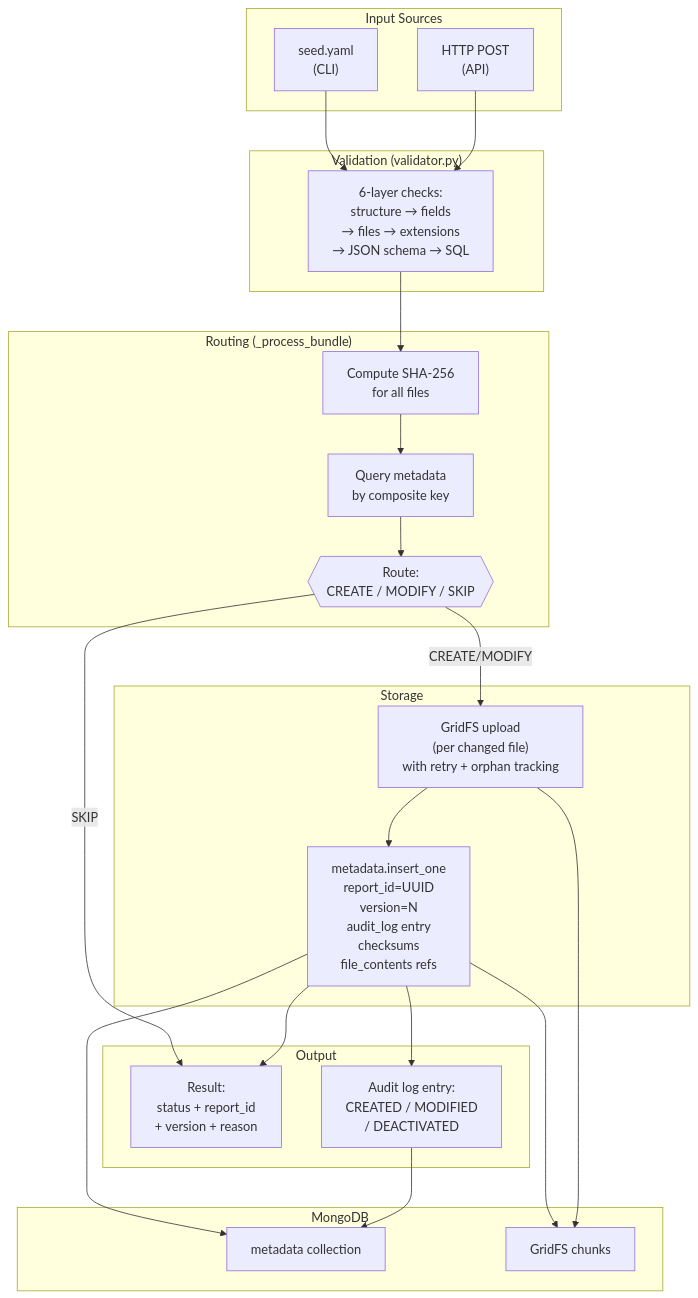
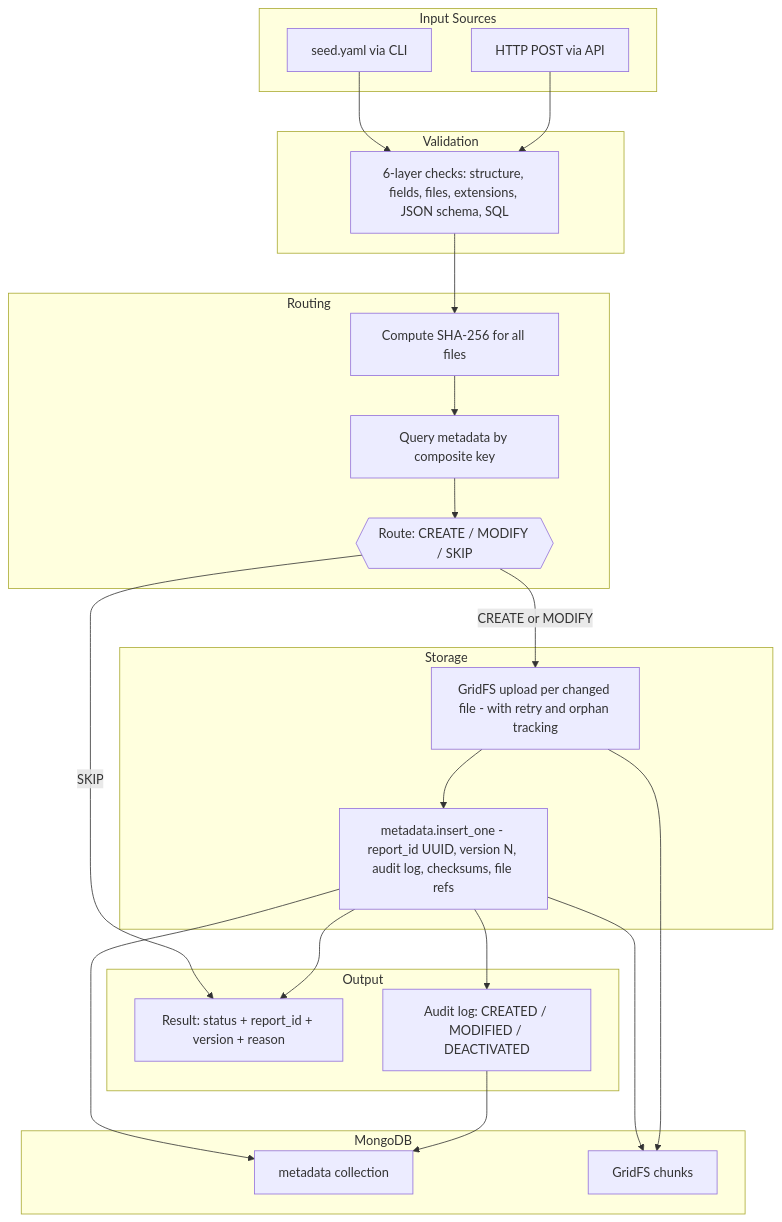
The tenth of 10 diagrams in DIAGRAMS.md (uktentu/mongo_file_manager), drawn with Mermaid before and after one commit. The commit also changed other lines of this file, not shown here.

First line of the commit message:
fix: remove all backslash-n from Mermaid node labels in DIAGRAMS.md

````diff
--- a/DIAGRAMS.md
+++ b/DIAGRAMS.md
@@ -379,40 +373,40 @@
 ```mermaid
 flowchart TB
     subgraph Input["Input Sources"]
-        YAML["seed.yaml\n(CLI)"]
-        HTTP["HTTP POST\n(API)"]
+        YAML["seed.yaml via CLI"]
+        HTTP["HTTP POST via API"]
     end
 
-    subgraph Validation["Validation (validator.py)"]
-        V["6-layer checks:\nstructure → fields\n→ files → extensions\n→ JSON schema → SQL"]
+    subgraph Validation["Validation"]
+        V["6-layer checks: structure, fields, files, extensions, JSON schema, SQL"]
     end
 
-    subgraph Routing["Routing (_process_bundle)"]
-        CK["Compute SHA-256\nfor all files"]
-        QL["Query metadata\nby composite key"]
-        RT{{"Route:\nCREATE / MODIFY / SKIP"}}
+    subgraph Routing["Routing"]
+        CK["Compute SHA-256 for all files"]
+        QL["Query metadata by composite key"]
+        RT{{"Route: CREATE / MODIFY / SKIP"}}
     end
 
     subgraph Storage["Storage"]
-        GU["GridFS upload\n(per changed file)\nwith retry + orphan tracking"]
-        MI["metadata.insert_one\nreport_id=UUID\nversion=N\naudit_log entry\nchecksums\nfile_contents refs"]
+        GU["GridFS upload per changed file - with retry and orphan tracking"]
+        MI["metadata.insert_one - report_id UUID, version N, audit log, checksums, file refs"]
     end
 
     subgraph MongoDB["MongoDB"]
         MC["metadata collection"]
         GC["GridFS chunks"]
     end
 
     subgraph Output["Output"]
-        RES["Result:\nstatus + report_id\n+ version + reason"]
-        AUD["Audit log entry:\nCREATED / MODIFIED\n/ DEACTIVATED"]
+        RES["Result: status + report_id + version + reason"]
+        AUD["Audit log: CREATED / MODIFIED / DEACTIVATED"]
     end
 
     YAML & HTTP --> V --> CK --> QL --> RT
-    RT -- CREATE/MODIFY --> GU --> MI
+    RT -- CREATE or MODIFY --> GU --> MI
     RT -- SKIP --> RES
     MI --> MC & GC
     MI --> AUD --> MC
     GU --> GC
     MI --> RES
 ```
````
